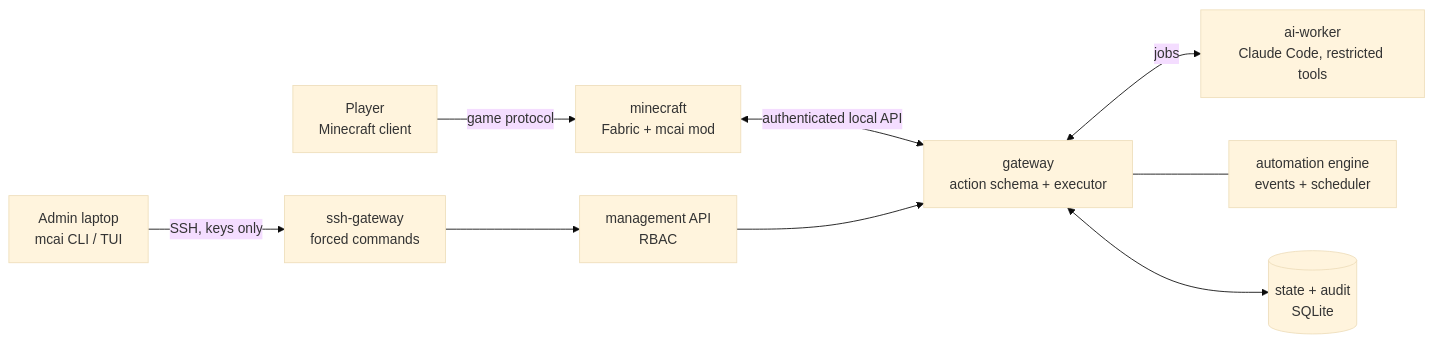
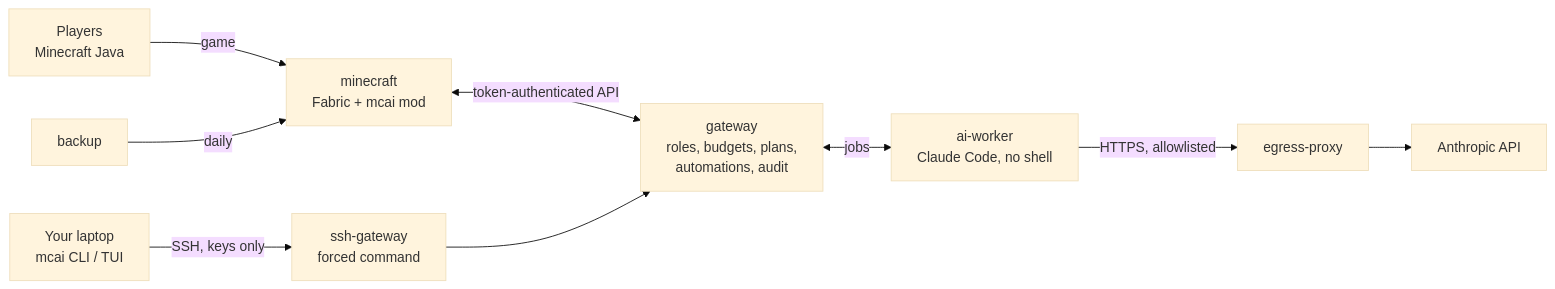
Before and after one commit to JasonEamesLamarca/minecraft-claude-platform: the diagram in README.md, drawn with Mermaid (base theme). The commit also changed other lines of this file and 11 other files, not shown here.

First line of the commit message:
docs: Phase 8 guides (upgrade, troubleshooting, security, developer), README for beginners, 11 diagrams, test results

````diff
--- a/README.md
+++ b/README.md
@@ -49,11 +66,11 @@
 ```mermaid
 flowchart LR
-  P[Player<br/>Minecraft client] -->|game protocol| MC[minecraft<br/>Fabric + mcai mod]
-  MC <-->|authenticated local API| GW[gateway<br/>action schema + executor]
-  GW <-->|jobs| AI[ai-worker<br/>Claude Code, restricted tools]
-  GW --- AU[automation engine<br/>events + scheduler]
-  GW <--> DB[(state + audit<br/>SQLite)]
-  A[Admin laptop<br/>mcai CLI / TUI] -->|SSH, keys only| SSH[ssh-gateway<br/>forced commands]
-  SSH --> MG[management API<br/>RBAC]
-  MG --> GW
+  P[Players<br/>Minecraft Java] -->|game| MC[minecraft<br/>Fabric + mcai mod]
+  MC <-->|token-authenticated API| GW[gateway<br/>roles, budgets, plans,<br/>automations, audit]
+  GW <-->|jobs| AI[ai-worker<br/>Claude Code, no shell]
+  AI -->|HTTPS, allowlisted| EP[egress-proxy]
+  EP --> ANT[Anthropic API]
+  ADM[Your laptop<br/>mcai CLI / TUI] -->|SSH, keys only| SSH[ssh-gateway<br/>forced command]
+  SSH --> GW
+  BK[backup] -->|daily| MC
 ```
````
